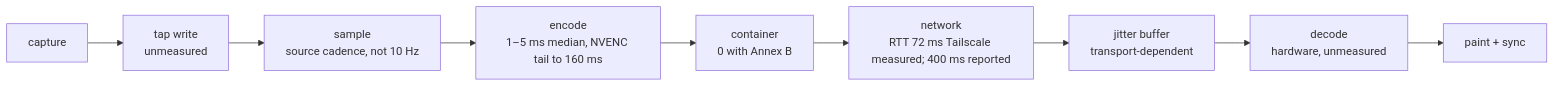
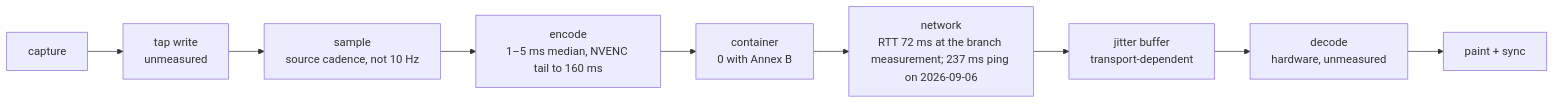
One commit to TheWisp/lerobot changed the ninth of 9 diagrams in src/lerobot/gui/docs/camera_video_transport.md. Above: the diagram before and after it, drawn with Mermaid. The commit also changed other lines of this file, not shown here.

First line of the commit message:
docs(gui): carry the link's round trip with its date; today's is 237 ms, not 72

````diff
--- a/src/lerobot/gui/docs/camera_video_transport.md
+++ b/src/lerobot/gui/docs/camera_video_transport.md
@@ -1098,4 +1106,4 @@
 ```mermaid
 flowchart LR
-  cap[capture] --> shm["tap write<br/>unmeasured"] --> samp["sample<br/>source cadence, not 10 Hz"] --> enc["encode<br/>1–5 ms median, NVENC tail to 160 ms"] --> mux["container<br/>0 with Annex B"] --> net["network<br/>RTT 72 ms Tailscale measured; 400 ms reported"] --> jb["jitter buffer<br/>transport-dependent"] --> dec["decode<br/>hardware, unmeasured"] --> paint[paint + sync]
+  cap[capture] --> shm["tap write<br/>unmeasured"] --> samp["sample<br/>source cadence, not 10 Hz"] --> enc["encode<br/>1–5 ms median, NVENC tail to 160 ms"] --> mux["container<br/>0 with Annex B"] --> net["network<br/>RTT 72 ms at the branch measurement; 237 ms ping on 2026-09-06"] --> jb["jitter buffer<br/>transport-dependent"] --> dec["decode<br/>hardware, unmeasured"] --> paint[paint + sync]
 ```
````
